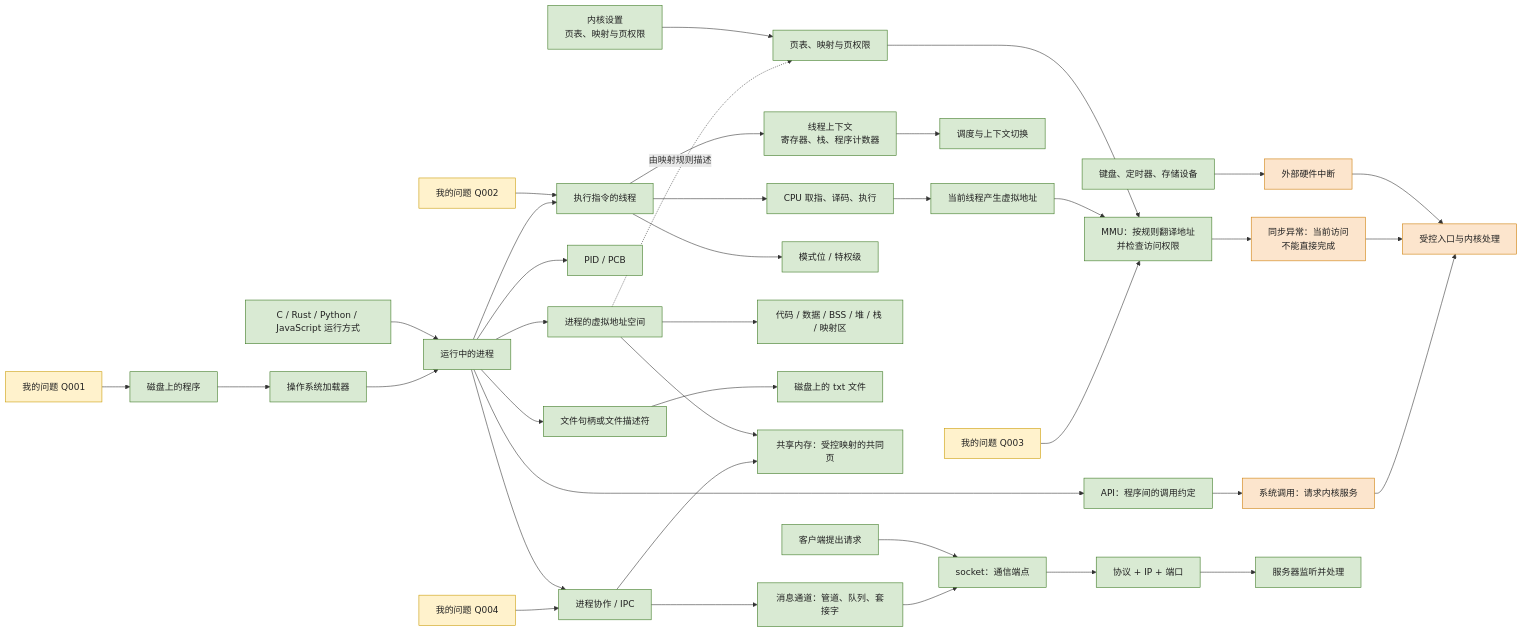
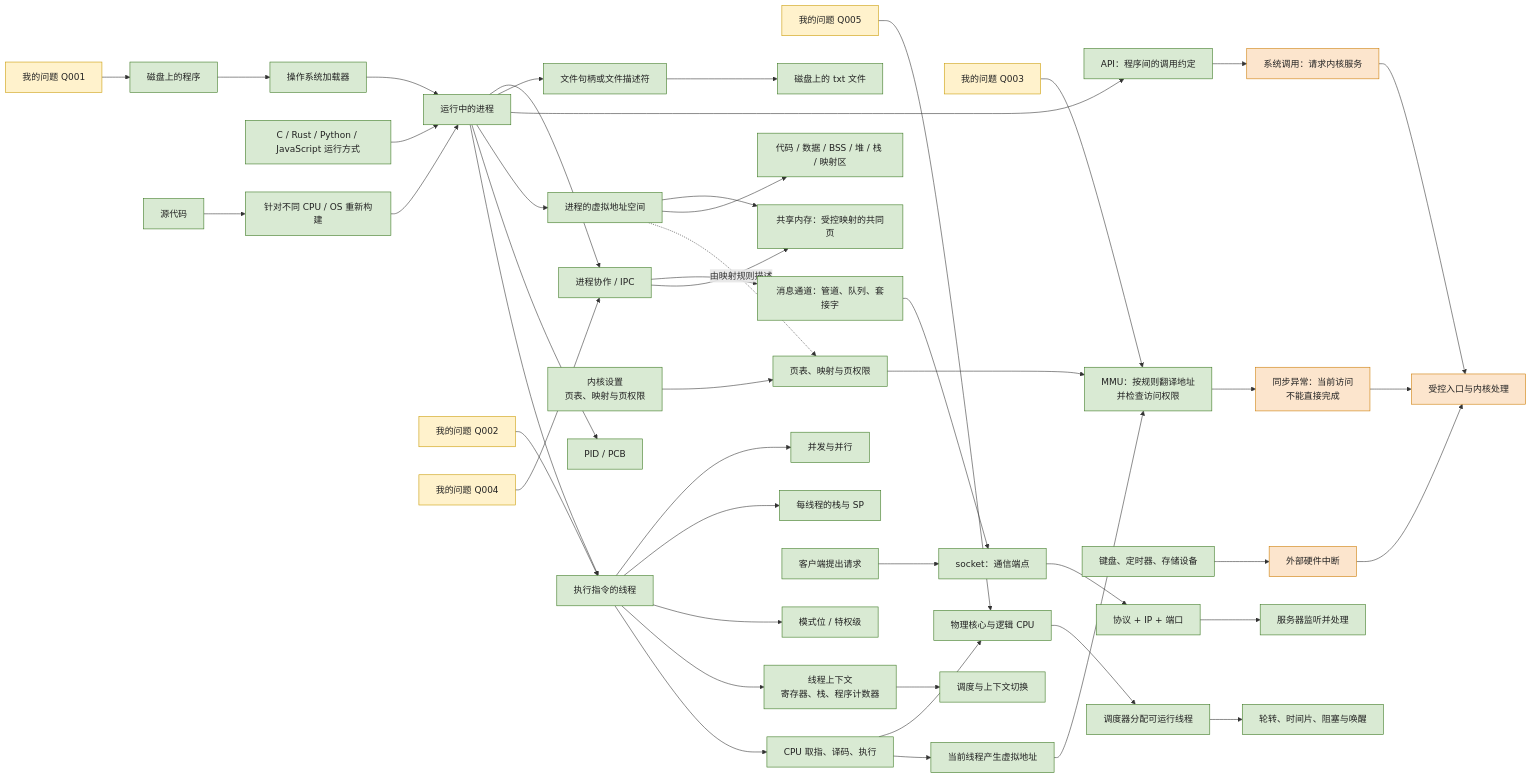
Before and after one commit to jiazhengfu912-lang/operating-Systems-Theory: the first of 2 diagrams in README.md, drawn with Mermaid. The commit also changed other lines of this file and 9 other files, not shown here.

````diff
--- a/README.md
+++ b/README.md
@@ -24,48 +25,56 @@
 ```mermaid
 flowchart LR
     Q["我的问题 Q001"] --> P["磁盘上的程序"]
     P --> L["操作系统加载器"]
     L --> PROC["运行中的进程"]
     PROC --> T["执行指令的线程"]
     Q2["我的问题 Q002"] --> T
     Q3["我的问题 Q003"] --> MMU
     Q4["我的问题 Q004"] --> IPC
+    Q5["我的问题 Q005"] --> CORE
     T --> CPU["CPU 取指、译码、执行"]
     T --> CTX["线程上下文<br/>寄存器、栈、程序计数器"]
     CTX --> SWITCH["调度与上下文切换"]
     PROC --> PCB["PID / PCB"]
     PROC --> VM["进程的虚拟地址空间"]
     VM -. "由映射规则描述" .-> MAP["页表、映射与页权限"]
     KRULES["内核设置<br/>页表、映射与页权限"] --> MAP
     CPU --> VADDR["当前线程产生虚拟地址"]
     VADDR --> MMU["MMU：按规则翻译地址<br/>并检查访问权限"]
     MAP --> MMU
     MMU --> FAULT["同步异常：当前访问<br/>不能直接完成"]
     T --> MODE["模式位 / 特权级"]
     PROC --> API["API：程序间的调用约定"]
     API --> SYSCALL["系统调用：请求内核服务"]
     SYSCALL --> ENTRY["受控入口与内核处理"]
     FAULT --> ENTRY
     DEVICE["键盘、定时器、存储设备"] --> IRQ["外部硬件中断"]
     IRQ --> ENTRY
     VM --> REG["代码 / 数据 / BSS / 堆 / 栈 / 映射区"]
     PROC --> H["文件句柄或文件描述符"]
     H --> F["磁盘上的 txt 文件"]
     PROC --> IPC["进程协作 / IPC"]
     IPC --> SHM["共享内存：受控映射的共同页"]
     VM --> SHM
     IPC --> CHANNEL["消息通道：管道、队列、套接字"]
     CHANNEL --> SOCKET["socket：通信端点"]
     SOCKET --> PORT["协议 + IP + 端口"]
     PORT --> SERVER["服务器监听并处理"]
     CLIENT["客户端提出请求"] --> SOCKET
     RT["C / Rust / Python / JavaScript 运行方式"] --> PROC
+    CPU --> CORE["物理核心与逻辑 CPU"]
+    CORE --> SCHED5["调度器分配可运行线程"]
+    SCHED5 --> RR["轮转、时间片、阻塞与唤醒"]
+    T --> STACK5["每线程的栈与 SP"]
+    T --> PARA["并发与并行"]
+    SOURCE5["源代码"] --> PORTABLE["针对不同 CPU / OS 重新构建"]
+    PORTABLE --> PROC
 
     classDef question fill:#fff2cc,stroke:#c99a00,color:#222;
     classDef current fill:#d9ead3,stroke:#38761d,color:#222;
     classDef relation fill:#d9eaf7,stroke:#3d85c6,color:#222;
     classDef boundary fill:#fce5cd,stroke:#cc7a00,color:#222;
-    class Q,Q2,Q3,Q4 question;
-    class P,L,PROC,T,CPU,CTX,SWITCH,PCB,VM,KRULES,VADDR,MMU,MAP,MODE,API,DEVICE,REG,H,F,IPC,SHM,CHANNEL,SOCKET,PORT,CLIENT,SERVER,RT current;
+    class Q,Q2,Q3,Q4,Q5 question;
+    class P,L,PROC,T,CPU,CTX,SWITCH,PCB,VM,KRULES,VADDR,MMU,MAP,MODE,API,DEVICE,REG,H,F,IPC,SHM,CHANNEL,SOCKET,PORT,CLIENT,SERVER,RT,CORE,SCHED5,RR,STACK5,PARA,SOURCE5,PORTABLE current;
     class SYSCALL,FAULT,IRQ,ENTRY boundary;
 ```
````
